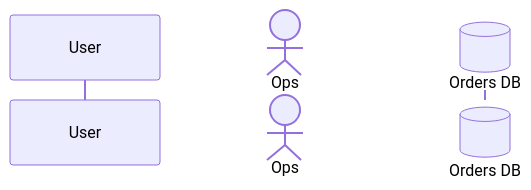
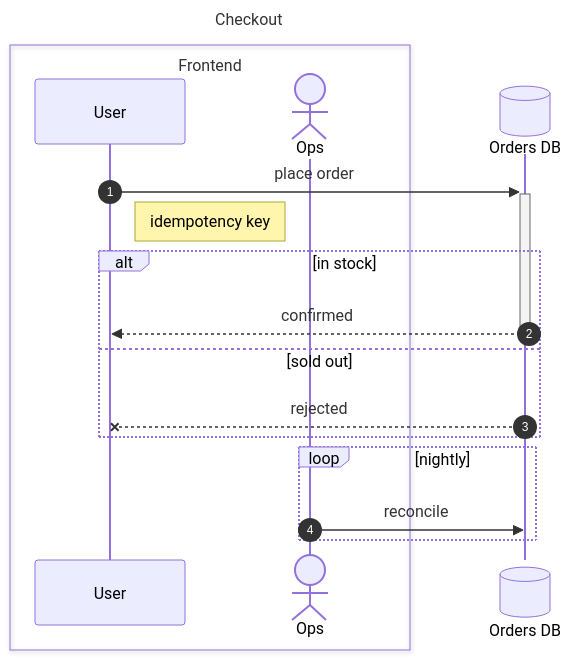
Before and after one commit to uigraph-oss/skills: the diagram in skills/uigraph/references/sequence-diagrams.md, drawn with Mermaid. The commit also changed other lines of this file, not shown here.

Commit message:
Refactor sequence diagram documentation for clarity; streamline syntax explanation and enhance context details

````diff
--- a/skills/uigraph/references/sequence-diagrams.md
+++ b/skills/uigraph/references/sequence-diagrams.md
@@ -20,6 +16,21 @@
 ```mermaid
 sequenceDiagram
-  participant U as User
-  actor Ops
+  autonumber
+  title: Checkout
+  box transparent Frontend
+    participant U as User
+    actor Ops
+  end
   participant DB@{ "type": "database", "alias": "Orders DB" }
+
+  U->>+DB: place order
+  Note right of U: idempotency key
+  alt in stock
+    DB-->>-U: confirmed
+  else sold out
+    DB--xU: rejected
+  end
+  loop nightly
+    Ops->>DB: reconcile
+  end
 ```
````
